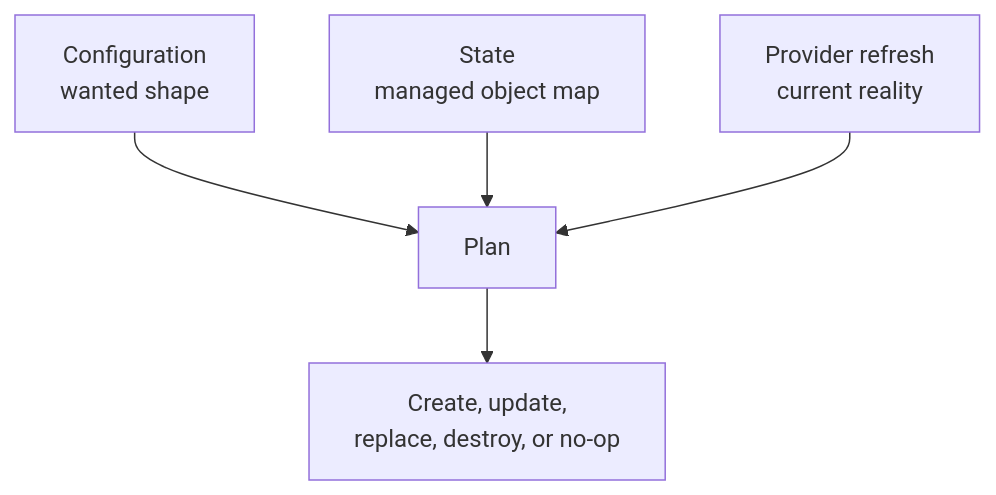
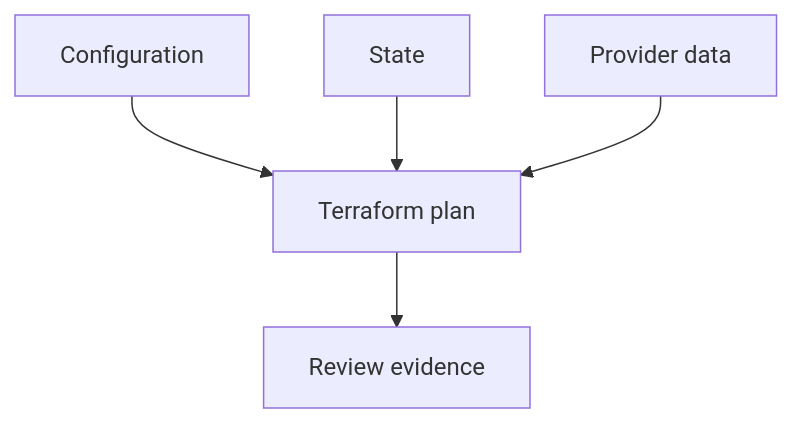
Before and after one commit to senlinyy/dev-roadmaps: the diagram in infrastructure-as-code/terraform/reading-terraform-plans.md, drawn with Mermaid. The commit also changed other lines of this file and 10 other files, not shown here.

````diff
--- a/infrastructure-as-code/terraform/reading-terraform-plans.md
+++ b/infrastructure-as-code/terraform/reading-terraform-plans.md
@@ -77,7 +47,7 @@
 ```mermaid
 flowchart TD
-    A["Configuration<br/>wanted shape"] --> D["Plan"]
-    B["State<br/>managed object map"] --> D
-    C["Provider refresh<br/>current reality"] --> D
-    D --> E["Create, update,<br/>replace, destroy, or no-op"]
+    Config["Configuration"] --> Plan["Terraform plan"]
+    State["State"] --> Plan
+    Provider["Provider data"] --> Plan
+    Plan --> Review["Review evidence"]
 ```
````
